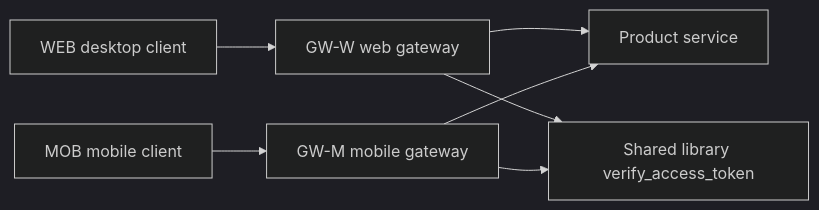
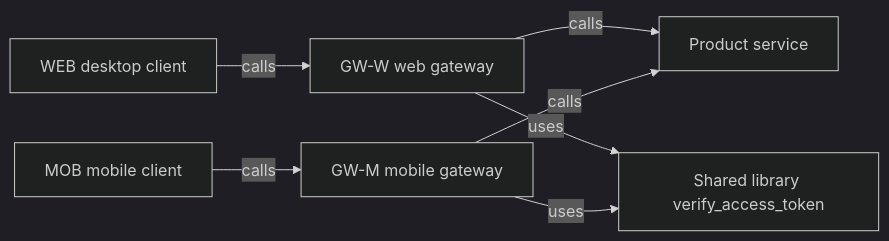
Before and after one commit to vinayakuber/microservices-io-study-guide: the eighth of 13 diagrams in docs/ch24-backends-for-frontends.md, drawn with Mermaid (dark theme). The commit also changed other lines of this file and 71 other files, not shown here.

First line of the commit message:
R18: label every diagram arrow with its meaning

````diff
--- a/docs/ch24-backends-for-frontends.md
+++ b/docs/ch24-backends-for-frontends.md
@@ -237,9 +237,9 @@
 ```mermaid
 flowchart LR
-  WEB["WEB desktop client"] --> GWW["GW-W web gateway"]
-  MOB["MOB mobile client"] --> GWM["GW-M mobile gateway"]
-  GWW --> PROD["Product service"]
-  GWM --> PROD
-  GWW --> LIB["Shared library verify_access_token"]
-  GWM --> LIB
+  WEB["WEB desktop client"] -->|"calls"| GWW["GW-W web gateway"]
+  MOB["MOB mobile client"] -->|"calls"| GWM["GW-M mobile gateway"]
+  GWW -->|"calls"| PROD["Product service"]
+  GWM -->|"calls"| PROD
+  GWW -->|"uses"| LIB["Shared library verify_access_token"]
+  GWM -->|"uses"| LIB
 ```
````
